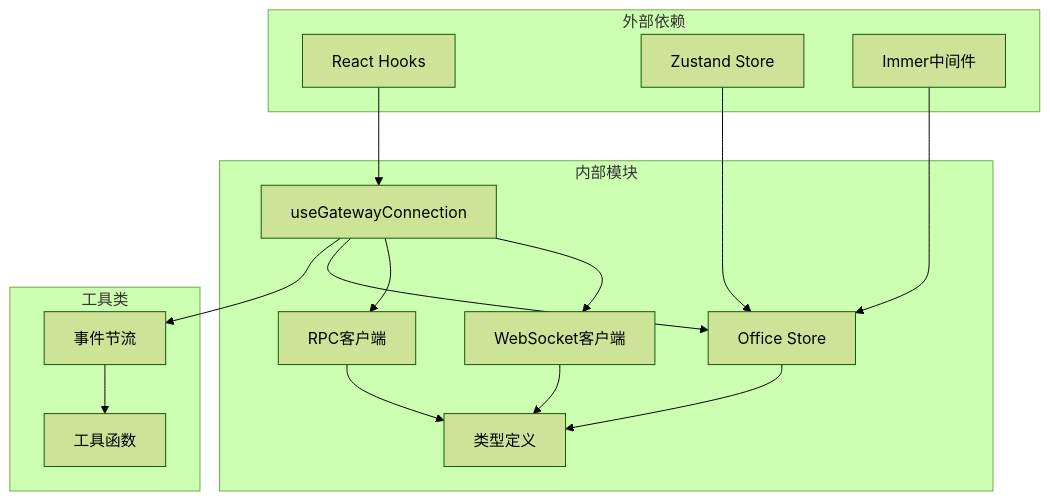
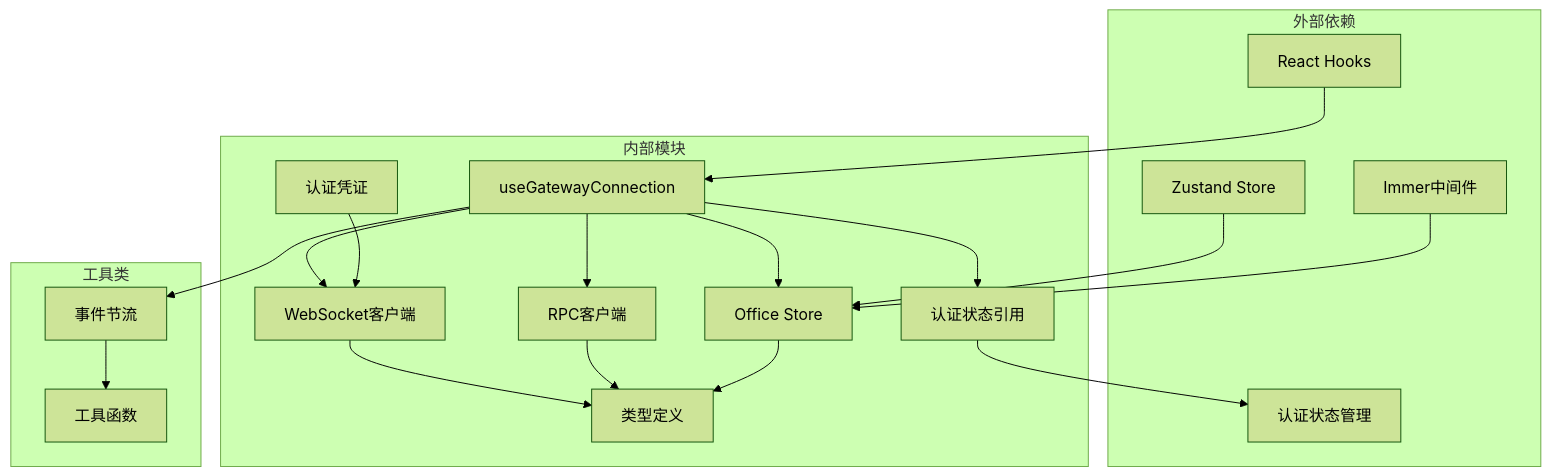
Before and after one commit to WW-AI-Lab/openclaw-office: the ninth of 11 diagrams in .qoder/repowiki/zh/content/自定义Hooks/网关连接管理Hook.md, drawn with Mermaid (forest theme). The commit also changed other lines of this file and 9 other files, not shown here.

````diff
--- a/.qoder/repowiki/zh/content/自定义Hooks/网关连接管理Hook.md
+++ b/.qoder/repowiki/zh/content/自定义Hooks/网关连接管理Hook.md
@@ -346,30 +425,36 @@
 ```mermaid
 graph TB
 subgraph "外部依赖"
 React[React Hooks]
 Zustand[Zustand Store]
 Immer[Immer中间件]
+AuthStore[认证状态管理]
 end
 subgraph "内部模块"
 Hook[useGatewayConnection]
 WS[WebSocket客户端]
 RPC[RPC客户端]
 Store[Office Store]
 Types[类型定义]
+AuthRef[认证状态引用]
+AuthCredentials[认证凭证]
 end
 subgraph "工具类"
 Throttle[事件节流]
 Utils[工具函数]
 end
 React --> Hook
 Zustand --> Store
 Immer --> Store
 Hook --> WS
 Hook --> RPC
 Hook --> Store
 Hook --> Throttle
+Hook --> AuthRef
 WS --> Types
 RPC --> Types
 Store --> Types
+AuthRef --> AuthStore
+AuthCredentials --> WS
 Throttle --> Utils
 ```
````
